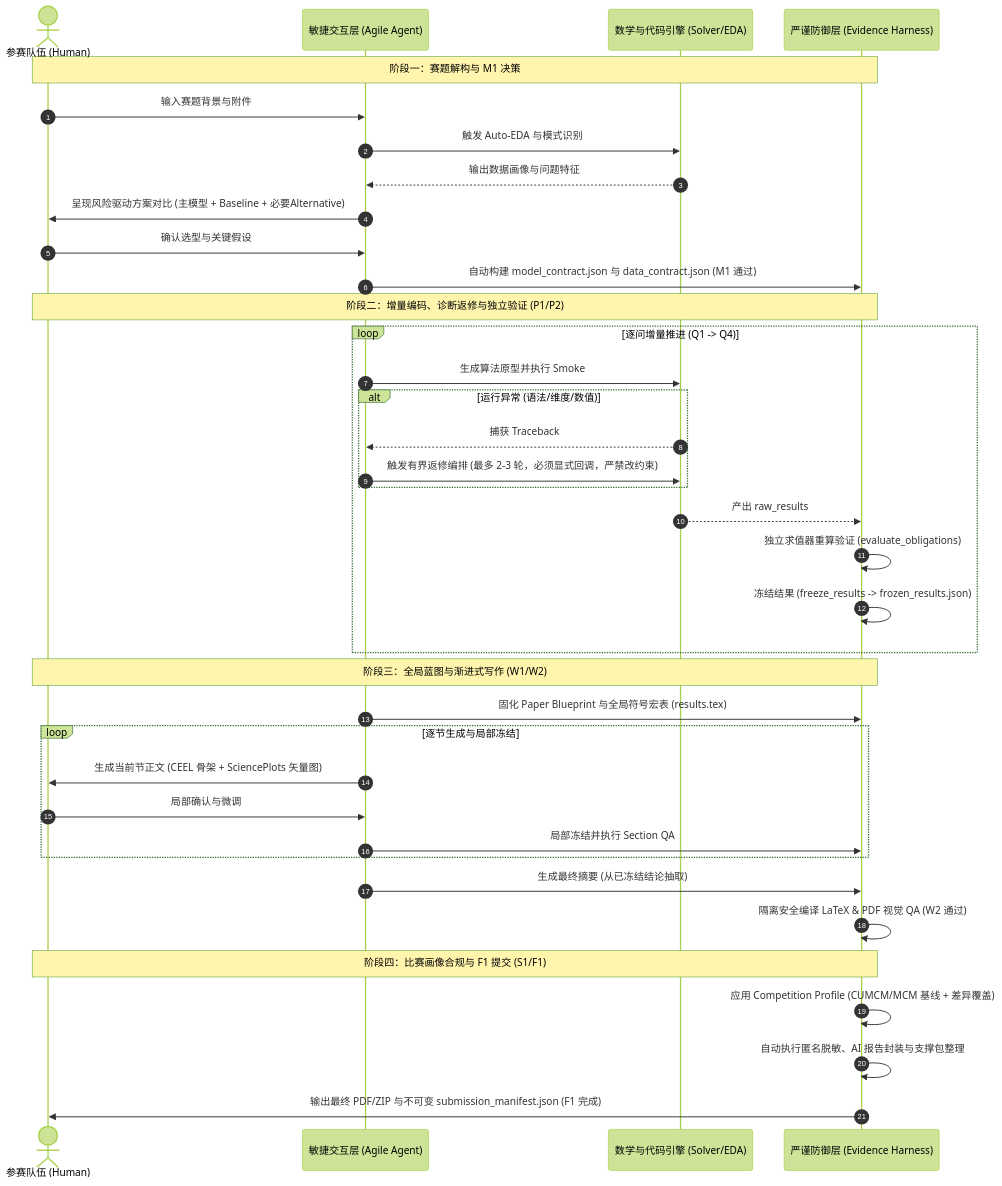
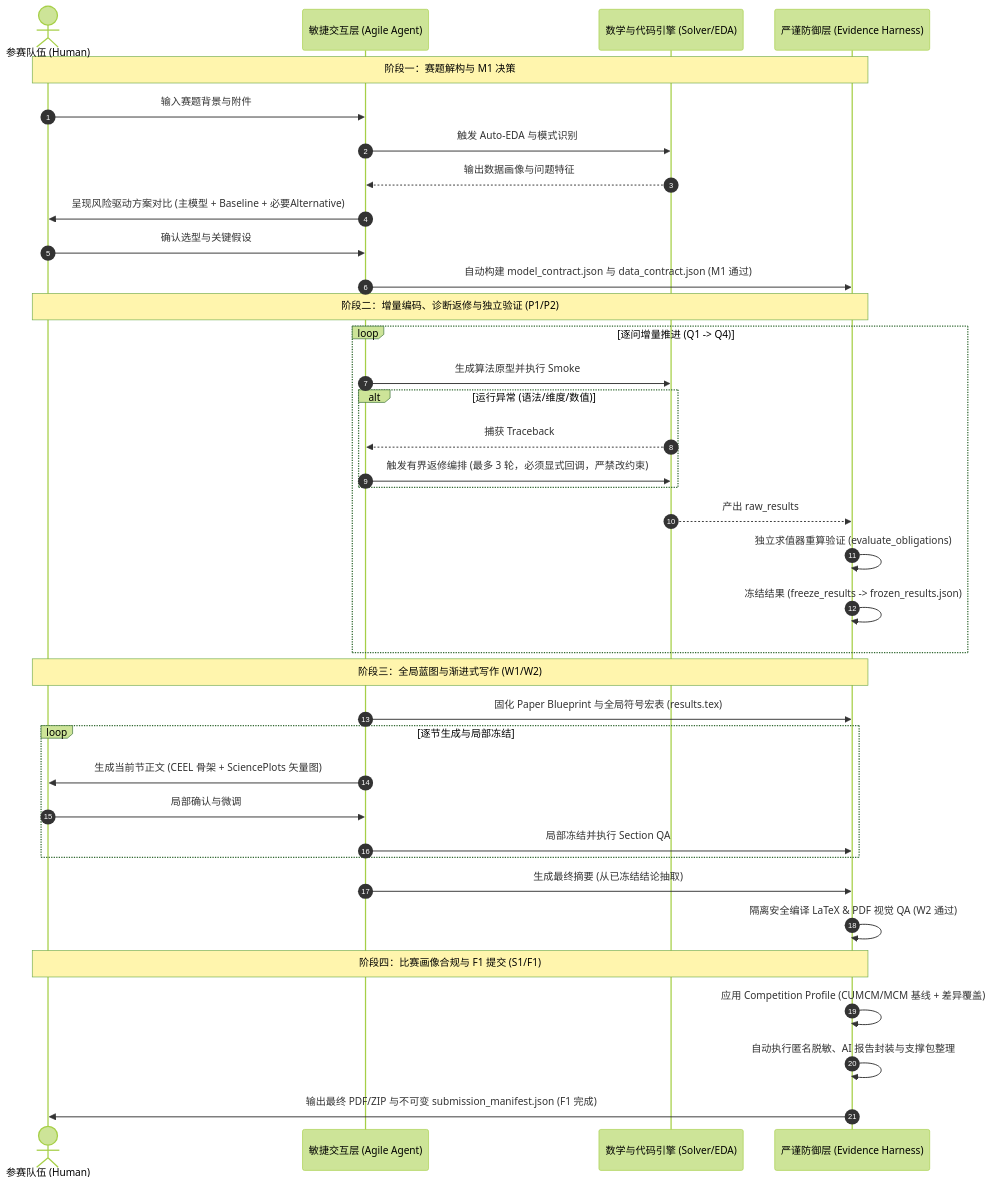
The second of 5 diagrams in docs/MATH_MODELING_SKILL_ENHANCEMENT_PROPOSAL.md (Leionel/math-model-skill), drawn with Mermaid (forest theme) before and after one commit. The commit also changed other lines of this file and 7 other files, not shown here.

````diff
--- a/docs/MATH_MODELING_SKILL_ENHANCEMENT_PROPOSAL.md
+++ b/docs/MATH_MODELING_SKILL_ENHANCEMENT_PROPOSAL.md
@@ -102,43 +102,43 @@
 ```mermaid
 sequenceDiagram
     autonumber
     actor User as 参赛队伍 (Human)
     participant Agile as 敏捷交互层 (Agile Agent)
     participant Engine as 数学与代码引擎 (Solver/EDA)
     participant Harness as 严谨防御层 (Evidence Harness)
 
     Note over User,Harness: 阶段一：赛题解构与 M1 决策
     User->>Agile: 输入赛题背景与附件
     Agile->>Engine: 触发 Auto-EDA 与模式识别
     Engine-->>Agile: 输出数据画像与问题特征
     Agile->>User: 呈现风险驱动方案对比 (主模型 + Baseline + 必要Alternative)
     User->>Agile: 确认选型与关键假设
     Agile->>Harness: 自动构建 model_contract.json 与 data_contract.json (M1 通过)
 
     Note over User,Harness: 阶段二：增量编码、诊断返修与独立验证 (P1/P2)
     loop 逐问增量推进 (Q1 -> Q4)
         Agile->>Engine: 生成算法原型并执行 Smoke
         alt 运行异常 (语法/维度/数值)
             Engine-->>Agile: 捕获 Traceback
-            Agile->>Engine: 触发有界返修编排 (最多 2-3 轮，必须显式回调，严禁改约束)
+            Agile->>Engine: 触发有界返修编排 (最多 3 轮，必须显式回调，严禁改约束)
         end
         Engine-->>Harness: 产出 raw_results
         Harness->>Harness: 独立求值器重算验证 (evaluate_obligations)
         Harness->>Harness: 冻结结果 (freeze_results -> frozen_results.json)
     end
 
     Note over User,Harness: 阶段三：全局蓝图与渐进式写作 (W1/W2)
     Agile->>Harness: 固化 Paper Blueprint 与全局符号宏表 (results.tex)
     loop 逐节生成与局部冻结
         Agile->>User: 生成当前节正文 (CEEL 骨架 + SciencePlots 矢量图)
         User->>Agile: 局部确认与微调
         Agile->>Harness: 局部冻结并执行 Section QA
     end
     Agile->>Harness: 生成最终摘要 (从已冻结结论抽取)
     Harness->>Harness: 隔离安全编译 LaTeX & PDF 视觉 QA (W2 通过)
 
     Note over User,Harness: 阶段四：比赛画像合规与 F1 提交 (S1/F1)
     Harness->>Harness: 应用 Competition Profile (CUMCM/MCM 基线 + 差异覆盖)
     Harness->>Harness: 自动执行匿名脱敏、AI 报告封装与支撑包整理
     Harness->>User: 输出最终 PDF/ZIP 与不可变 submission_manifest.json (F1 完成)
 ```
````
